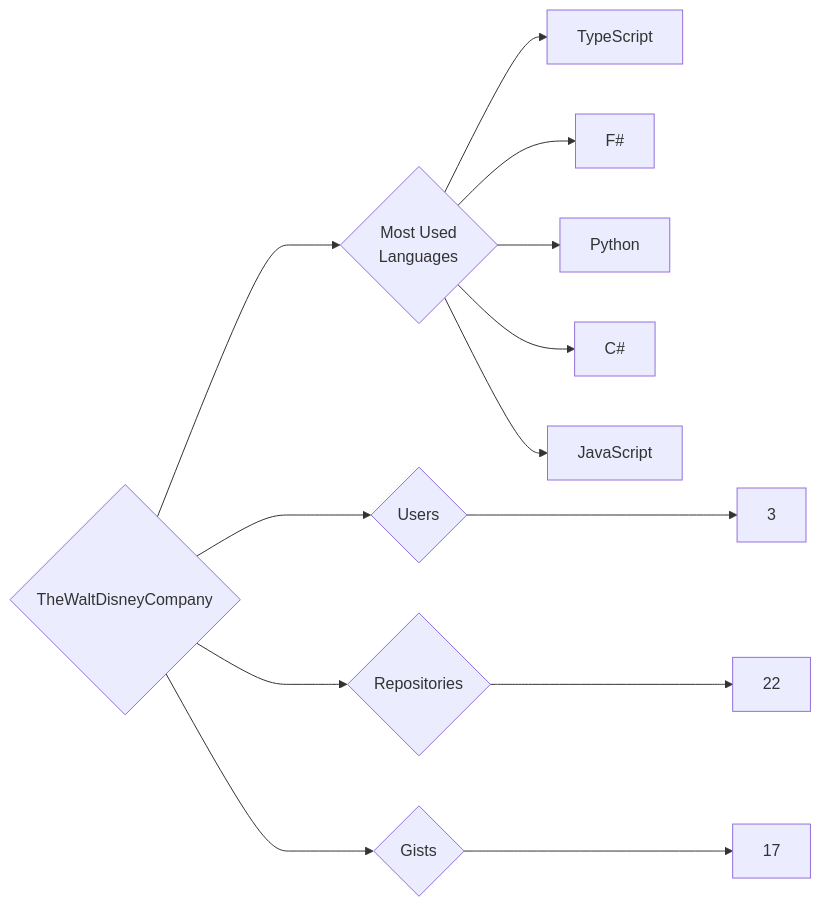
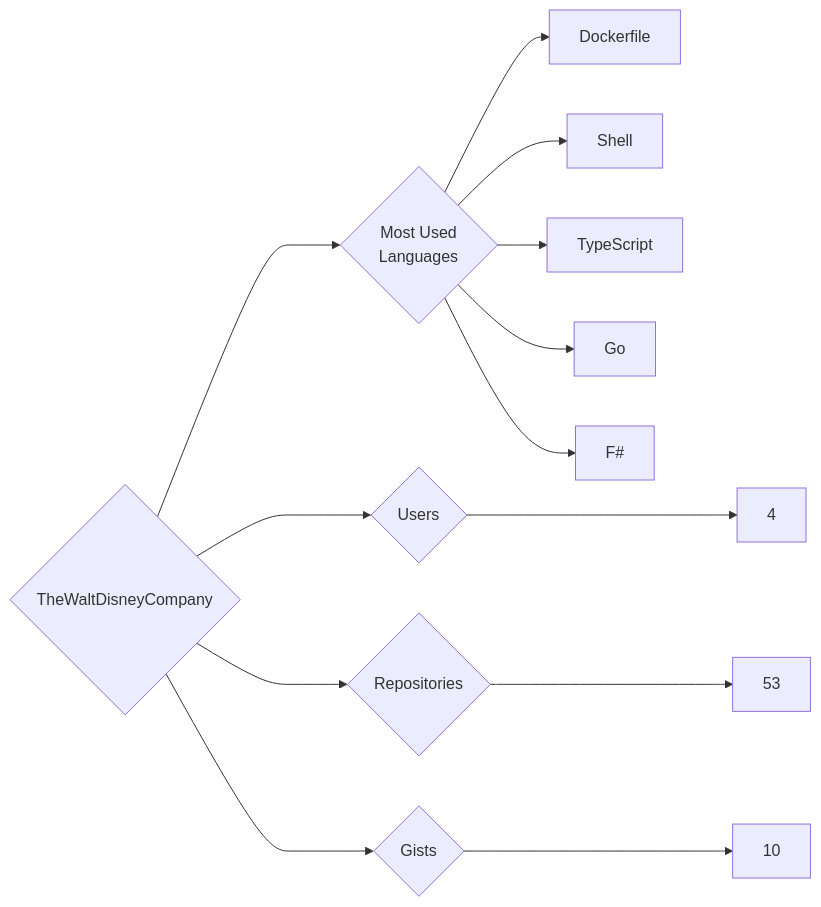
Before and after one commit to trickest/insiders: the diagram in targets/TheWaltDisneyCompany/README.md, drawn with Mermaid. The commit also changed 1496 other files, not shown here.

````diff
--- a/targets/TheWaltDisneyCompany/README.md
+++ b/targets/TheWaltDisneyCompany/README.md
@@ -3,13 +3,13 @@
 ```mermaid
 graph LR
 COMPANY_NAME{TheWaltDisneyCompany}
-COMPANY_NAME ---> U{Users} ---> UN[3]
-COMPANY_NAME ---> R{Repositories} ---> RN[22]
-COMPANY_NAME ---> G{Gists} ---> GN[17]
+COMPANY_NAME ---> U{Users} ---> UN[4]
+COMPANY_NAME ---> R{Repositories} ---> RN[53]
+COMPANY_NAME ---> G{Gists} ---> GN[10]
 COMPANY_NAME ---> ML{Most Used<br>Languages}
+ML --> Dockerfile[Dockerfile]
+ML --> Shell[Shell]
 ML --> TypeScript[TypeScript]
+ML --> Go[Go]
 ML --> F#[F#]
-ML --> Python[Python]
-ML --> C#[C#]
-ML --> JavaScript[JavaScript]
 ```
````
